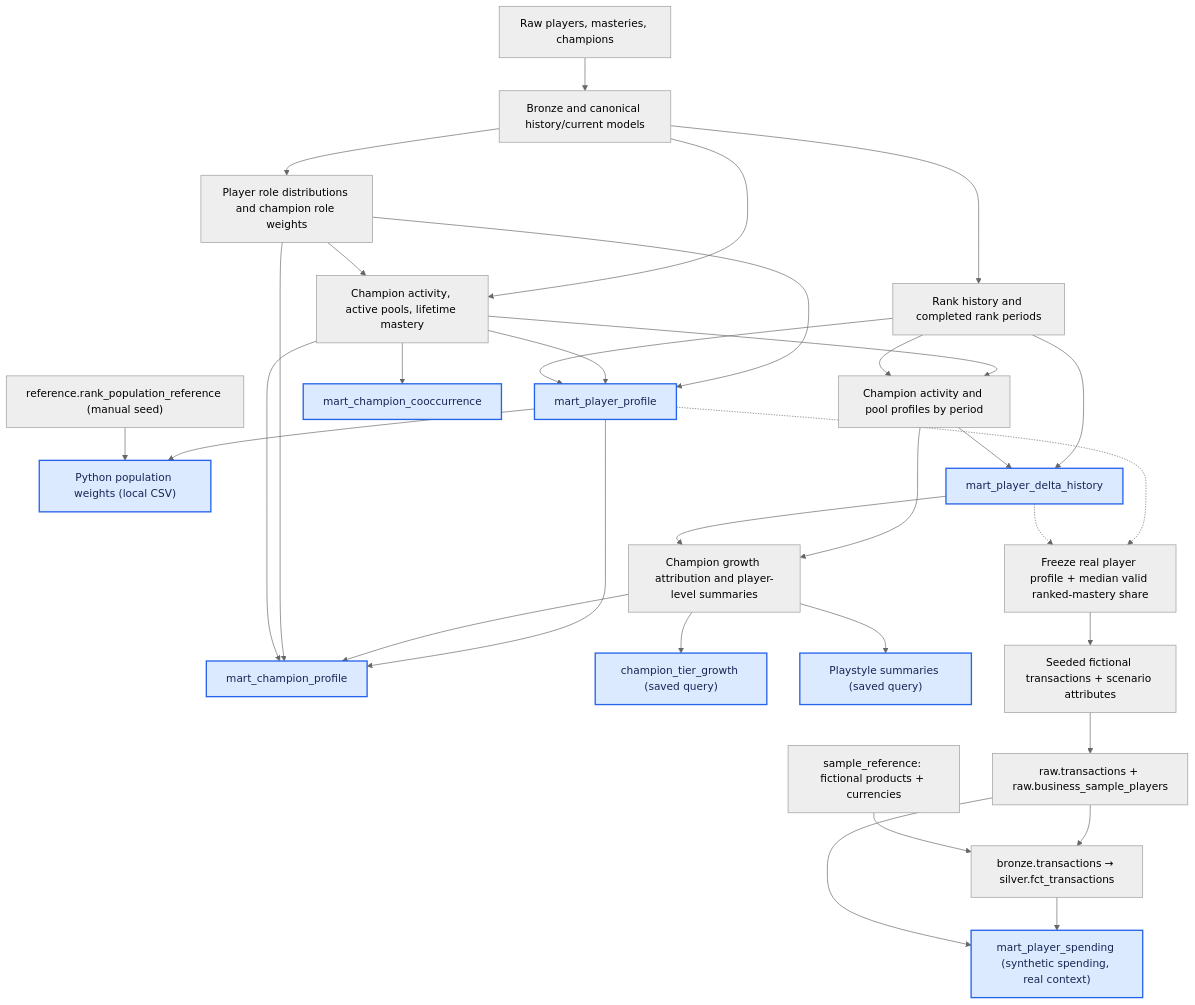
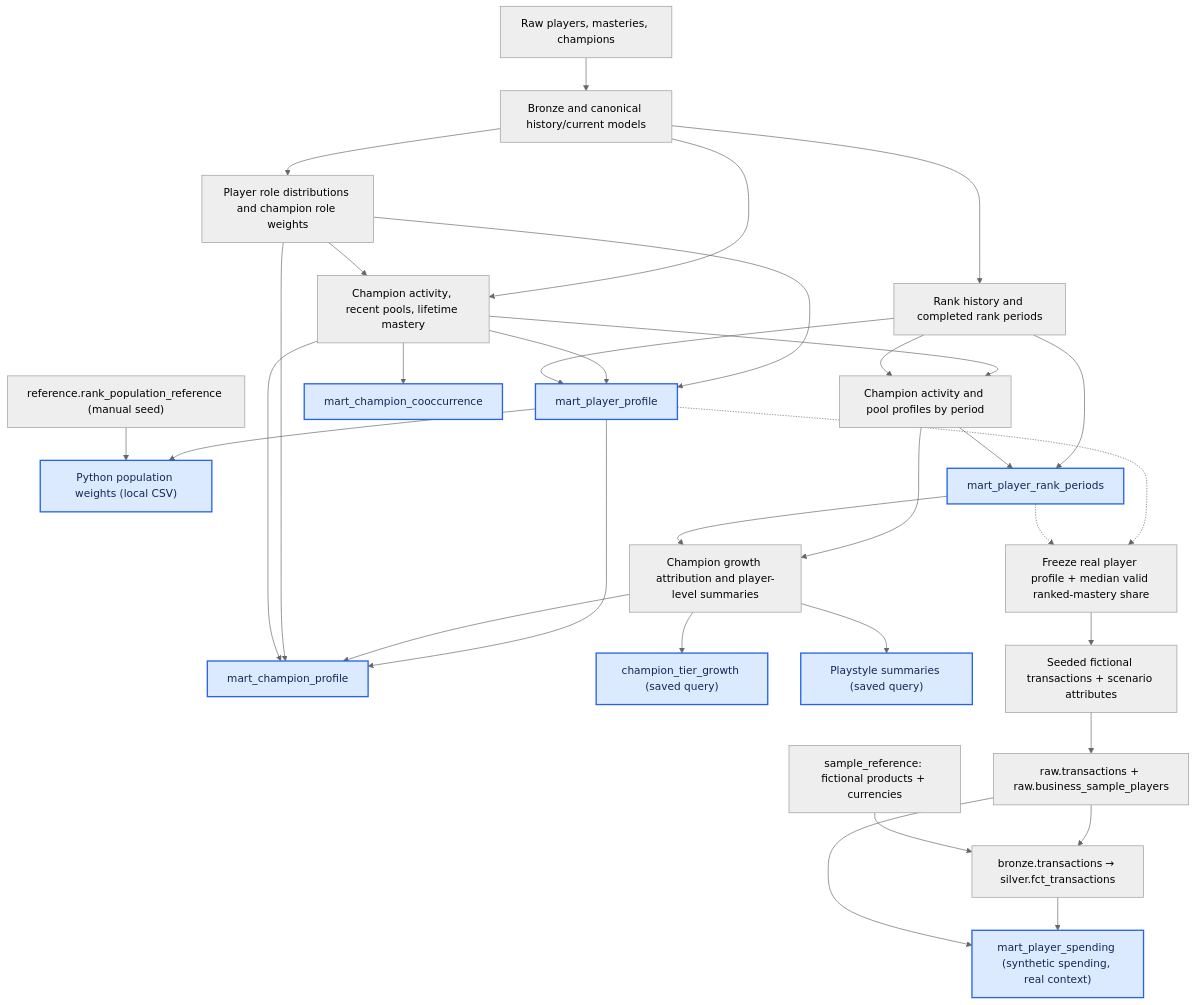
One commit to Pedro-Iaki/league-specialization-etl changed the first of 2 diagrams in league_pipeline/docs/model_reference.md. Above: the diagram before and after it, drawn with Mermaid (neutral theme). The commit also changed other lines of this file and 76 other files, not shown here.

````diff
--- a/league_pipeline/docs/model_reference.md
+++ b/league_pipeline/docs/model_reference.md
@@ -26,60 +26,60 @@
 ```mermaid
     flowchart TD
     Sources["Raw players, masteries, champions"]
     State["Bronze and canonical history/current models"]
     Roles["Player role distributions and champion role weights"]
-    Activity["Champion activity, active pools, lifetime mastery"]
+    Activity["Champion activity, recent pools, lifetime mastery"]
     Periods["Rank history and completed rank periods"]
     PeriodPools["Champion activity and pool profiles by period"]
     Growth["Champion growth attribution and player-level summaries"]
 
     Sources --> State
     State --> Roles
     State --> Activity
     State --> Periods
     Roles --> Activity
     Activity --> PeriodPools
     Periods --> PeriodPools
 
     Player["mart_player_profile"]
     PopulationReference["reference.rank_population_reference (manual seed)"]
     PopulationWeights["Python population weights (local CSV)"]
-    Delta["mart_player_delta_history"]
+    Delta["mart_player_rank_periods"]
     Champion["mart_champion_profile"]
     Tier["champion_tier_growth (saved query)"]
     Playstyle["Playstyle summaries (saved query)"]
     Cooccurrence["mart_champion_cooccurrence"]
 
     Roles --> Player
     Activity --> Player
     Periods --> Player
     Player --> PopulationWeights
     PopulationReference --> PopulationWeights
     Periods --> Delta
     PeriodPools --> Delta
     PeriodPools --> Growth
     Delta --> Growth
     Player --> Champion
     Growth --> Champion
     Growth --> Tier
     Growth --> Playstyle
     Roles --> Champion
     Activity --> Champion
     Activity --> Cooccurrence
 
     Frozen["Freeze real player profile + median valid ranked-mastery share"]
     Synthetic["Seeded fictional transactions + scenario attributes"]
     SampleRaw["raw.transactions + raw.business_sample_players"]
     References["sample_reference: fictional products + currencies"]
     SampleFact["bronze.transactions → silver.fct_transactions"]
     Spending["mart_player_spending (synthetic spending, real context)"]
     Player -.-> Frozen
     Delta -.-> Frozen
     Frozen --> Synthetic --> SampleRaw --> SampleFact --> Spending
     References --> SampleFact
     SampleRaw --> Spending
 
     classDef mart fill:#dbeafe,stroke:#2563eb,stroke-width:2px,color:#172554
     class Player,PopulationWeights,Delta,Champion,Tier,Playstyle,Cooccurrence mart
     class Spending mart
 ```
````
